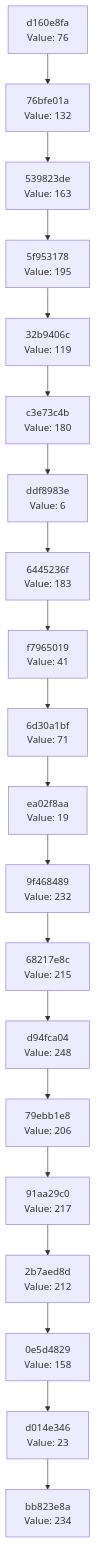
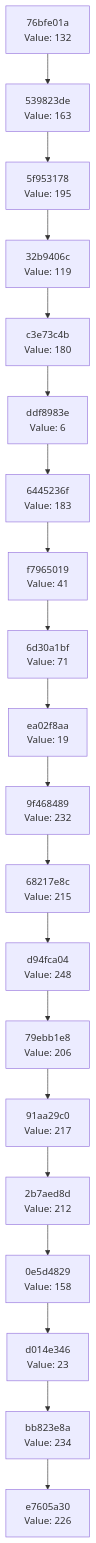
The diagram in docs/CHAIN_VISUALIZATION.md (Abhisheksinha1506/hash-chain-evolver), drawn with Mermaid before and after one commit. The commit also changed 2 other files, not shown here.

Commit message:
Evolution Step

````diff
--- a/docs/CHAIN_VISUALIZATION.md
+++ b/docs/CHAIN_VISUALIZATION.md
@@ -3,42 +3,42 @@
 ```mermaid
 graph TD
-    C0["bb823e8a<br/>Value: 234"]
-    C1["d014e346<br/>Value: 23"]
+    C0["e7605a30<br/>Value: 226"]
+    C1["bb823e8a<br/>Value: 234"]
     C1 --> C0
-    C2["0e5d4829<br/>Value: 158"]
+    C2["d014e346<br/>Value: 23"]
     C2 --> C1
-    C3["2b7aed8d<br/>Value: 212"]
+    C3["0e5d4829<br/>Value: 158"]
     C3 --> C2
-    C4["91aa29c0<br/>Value: 217"]
+    C4["2b7aed8d<br/>Value: 212"]
     C4 --> C3
-    C5["79ebb1e8<br/>Value: 206"]
+    C5["91aa29c0<br/>Value: 217"]
     C5 --> C4
-    C6["d94fca04<br/>Value: 248"]
+    C6["79ebb1e8<br/>Value: 206"]
     C6 --> C5
-    C7["68217e8c<br/>Value: 215"]
+    C7["d94fca04<br/>Value: 248"]
     C7 --> C6
-    C8["9f468489<br/>Value: 232"]
+    C8["68217e8c<br/>Value: 215"]
     C8 --> C7
-    C9["ea02f8aa<br/>Value: 19"]
+    C9["9f468489<br/>Value: 232"]
     C9 --> C8
-    C10["6d30a1bf<br/>Value: 71"]
+    C10["ea02f8aa<br/>Value: 19"]
     C10 --> C9
-    C11["f7965019<br/>Value: 41"]
+    C11["6d30a1bf<br/>Value: 71"]
     C11 --> C10
-    C12["6445236f<br/>Value: 183"]
+    C12["f7965019<br/>Value: 41"]
     C12 --> C11
-    C13["ddf8983e<br/>Value: 6"]
+    C13["6445236f<br/>Value: 183"]
     C13 --> C12
-    C14["c3e73c4b<br/>Value: 180"]
+    C14["ddf8983e<br/>Value: 6"]
     C14 --> C13
-    C15["32b9406c<br/>Value: 119"]
+    C15["c3e73c4b<br/>Value: 180"]
     C15 --> C14
-    C16["5f953178<br/>Value: 195"]
+    C16["32b9406c<br/>Value: 119"]
     C16 --> C15
-    C17["539823de<br/>Value: 163"]
+    C17["5f953178<br/>Value: 195"]
     C17 --> C16
-    C18["76bfe01a<br/>Value: 132"]
+    C18["539823de<br/>Value: 163"]
     C18 --> C17
-    C19["d160e8fa<br/>Value: 76"]
+    C19["76bfe01a<br/>Value: 132"]
     C19 --> C18
 ```
````
